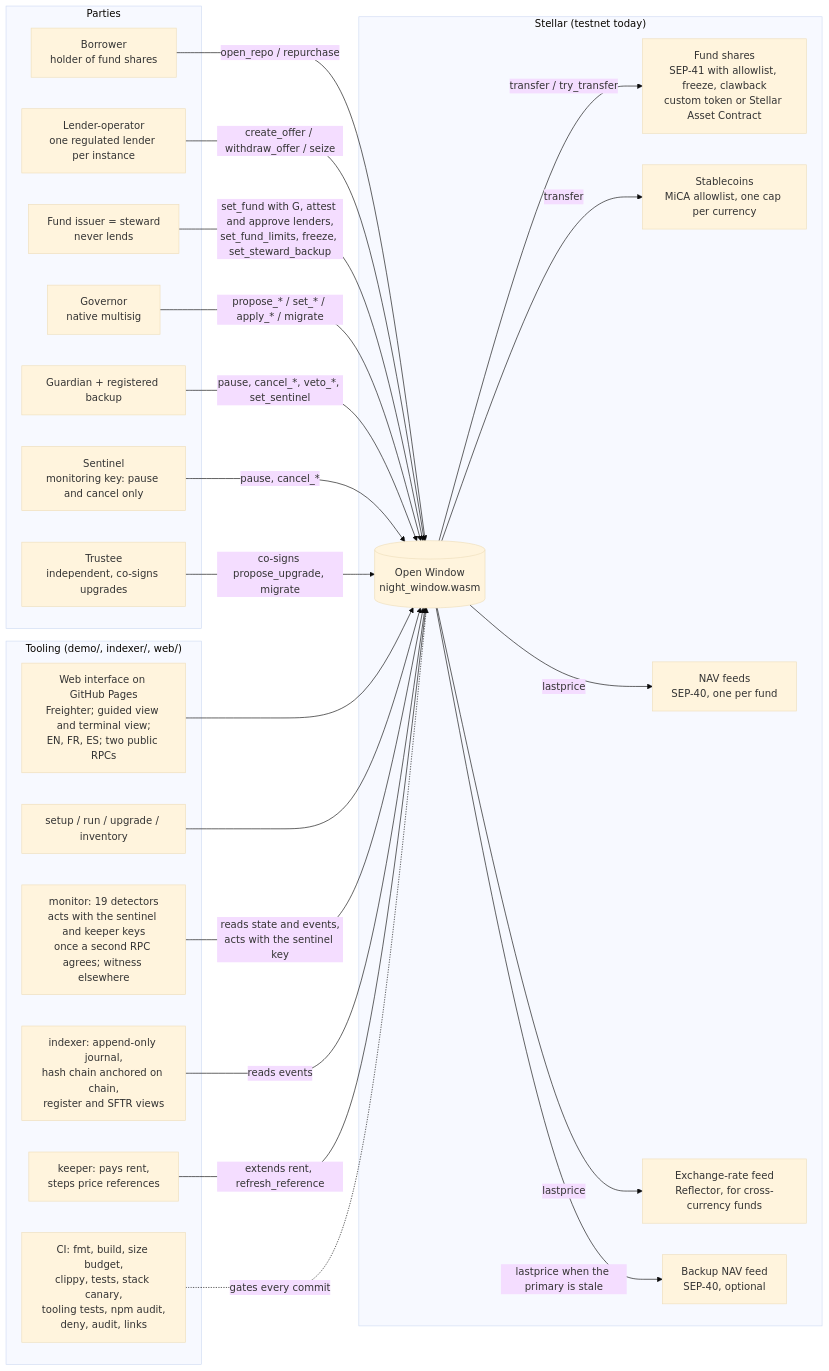
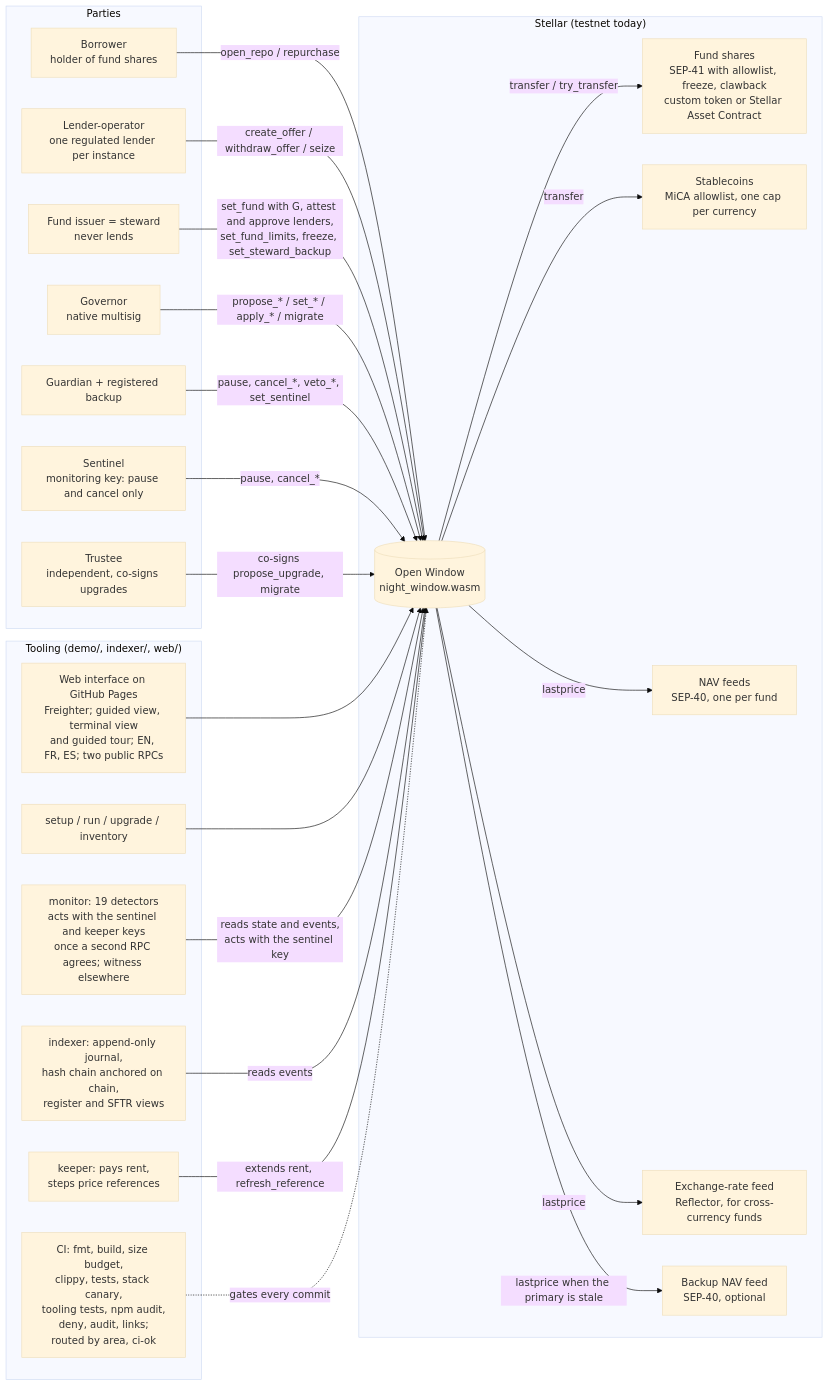
The first of 11 diagrams in docs/architecture.md (EricLtx/hackmeridian-2026), drawn with Mermaid (base theme) before and after one commit. The commit also changed other lines of this file and 12 other files, not shown here.

````diff
--- a/docs/architecture.md
+++ b/docs/architecture.md
@@ -9,46 +9,46 @@
 ```mermaid
 flowchart LR
   subgraph People["Parties"]
     B[Borrower<br/>holder of fund shares]
     L[Lender-operator<br/>one regulated lender per instance]
     I[Fund issuer = steward<br/>never lends]
     G[Governor<br/>native multisig]
     Gd[Guardian + registered backup]
     Se[Sentinel<br/>monitoring key: pause and cancel only]
     Tr[Trustee<br/>independent, co-signs upgrades]
   end
   subgraph Chain["Stellar (testnet today)"]
     OW[(Open Window<br/>night_window.wasm)]
     FT[Fund shares<br/>SEP-41 with allowlist, freeze, clawback<br/>custom token or Stellar Asset Contract]
     EU[Stablecoins<br/>MiCA allowlist, one cap per currency]
     NAV[NAV feeds<br/>SEP-40, one per fund]
     FX[Exchange-rate feed<br/>Reflector, for cross-currency funds]
     BK[Backup NAV feed<br/>SEP-40, optional]
   end
   subgraph Tooling["Tooling (demo/, indexer/, web/)"]
-    W[Web interface on GitHub Pages<br/>Freighter; guided view and terminal view;<br/>EN, FR, ES; two public RPCs]
+    W[Web interface on GitHub Pages<br/>Freighter; guided view, terminal view<br/>and guided tour; EN, FR, ES; two public RPCs]
     D[setup / run / upgrade / inventory]
     M[monitor: 19 detectors<br/>acts with the sentinel and keeper keys<br/>once a second RPC agrees; witness elsewhere]
     X[indexer: append-only journal,<br/>hash chain anchored on chain,<br/>register and SFTR views]
     K[keeper: pays rent,<br/>steps price references]
-    C[CI: fmt, build, size budget,<br/>clippy, tests, stack canary,<br/>tooling tests, npm audit,<br/>deny, audit, links]
+    C[CI: fmt, build, size budget,<br/>clippy, tests, stack canary,<br/>tooling tests, npm audit,<br/>deny, audit, links;<br/>routed by area, ci-ok]
   end
   B -- open_repo / repurchase --> OW
   L -- create_offer / withdraw_offer / seize --> OW
   I -- set_fund with G, attest and approve lenders,<br/>set_fund_limits, freeze, set_steward_backup --> OW
   G -- propose_* / set_* / apply_* / migrate --> OW
   Gd -- pause, cancel_*, veto_*, set_sentinel --> OW
   Se -- pause, cancel_* --> OW
   Tr -- co-signs propose_upgrade, migrate --> OW
   OW -- transfer / try_transfer --> FT
   OW -- transfer --> EU
   OW -- lastprice --> NAV
   OW -- lastprice --> FX
   OW -- lastprice when the primary is stale --> BK
   W --> OW
   D --> OW
   M -- reads state and events,<br/>acts with the sentinel key --> OW
   X -- reads events --> OW
   K -- extends rent, refresh_reference --> OW
   C -. gates every commit .-> OW
 ```
````
